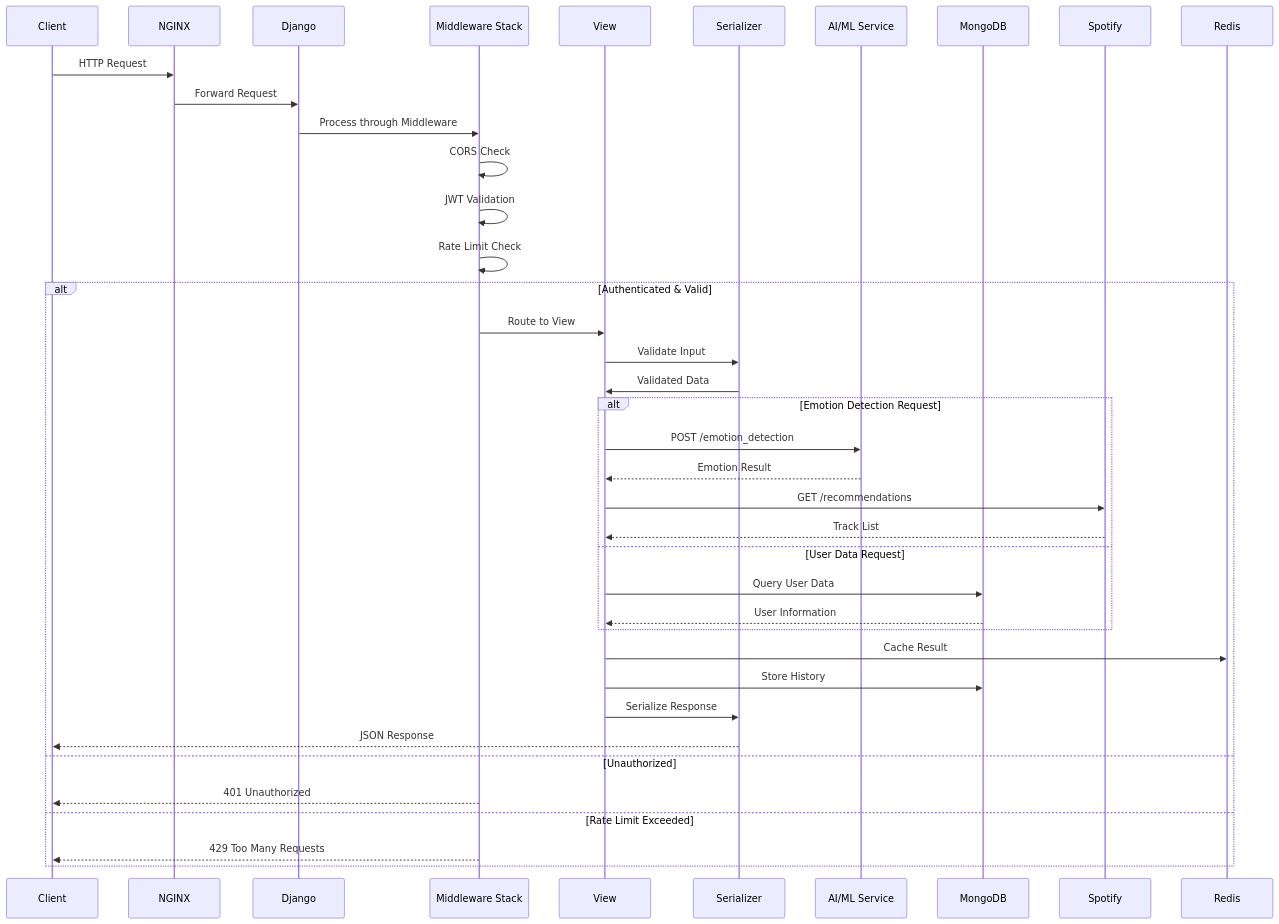
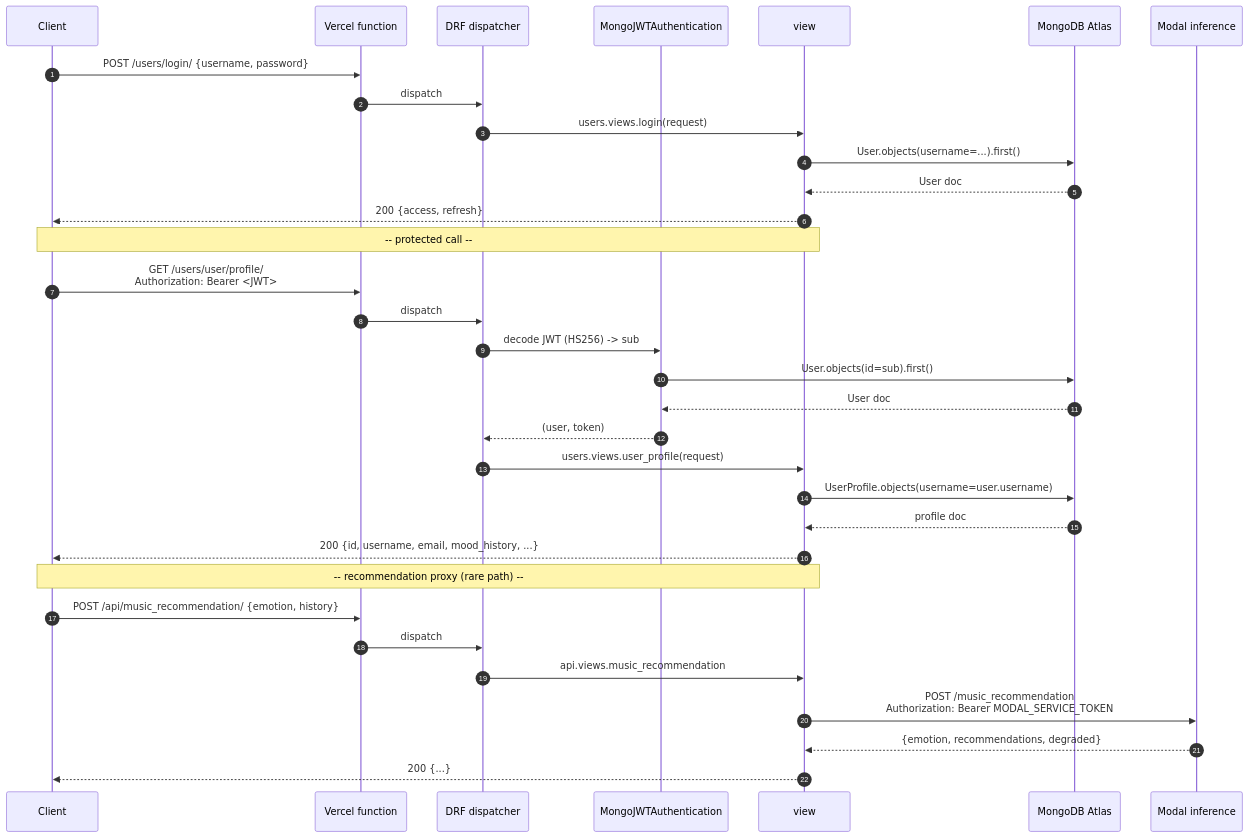
Before and after one commit to hoangsonww/Moodify-Emotion-Music-App: the third of 5 diagrams in backend/README.md, drawn with Mermaid. The commit also changed other lines of this file and 4 other files, not shown here.

````diff
--- a/backend/README.md
+++ b/backend/README.md
@@ -156,45 +153,40 @@
 ```mermaid
 sequenceDiagram
+    autonumber
     participant C as Client
-    participant N as NGINX
-    participant D as Django
-    participant M as Middleware Stack
-    participant V as View
-    participant S as Serializer
-    participant AI as AI/ML Service
-    participant DB as MongoDB
-    participant SP as Spotify
-    participant RD as Redis
+    participant V as Vercel function
+    participant DRF as DRF dispatcher
+    participant Auth as MongoJWTAuthentication
+    participant View as view
+    participant Mongo as MongoDB Atlas
+    participant Modal as Modal inference
 
-    C->>N: HTTP Request
-    N->>D: Forward Request
-    D->>M: Process through Middleware
-    M->>M: CORS Check
-    M->>M: JWT Validation
-    M->>M: Rate Limit Check
+    C->>V: POST /users/login/ {username, password}
+    V->>DRF: dispatch
+    DRF->>View: users.views.login(request)
+    View->>Mongo: User.objects(username=...).first()
+    Mongo-->>View: User doc
+    View-->>C: 200 {access, refresh}
 
-    alt Authenticated & Valid
-        M->>V: Route to View
-        V->>S: Validate Input
-        S->>V: Validated Data
+    Note over C,View: -- protected call --
 
-        alt Emotion Detection Request
-            V->>AI: POST /emotion_detection
-            AI-->>V: Emotion Result
-            V->>SP: GET /recommendations
-            SP-->>V: Track List
-        else User Data Request
-            V->>DB: Query User Data
-            DB-->>V: User Information
-        end
+    C->>V: GET /users/user/profile/<br/>Authorization: Bearer <JWT>
+    V->>DRF: dispatch
+    DRF->>Auth: decode JWT (HS256) -> sub
+    Auth->>Mongo: User.objects(id=sub).first()
+    Mongo-->>Auth: User doc
+    Auth-->>DRF: (user, token)
+    DRF->>View: users.views.user_profile(request)
+    View->>Mongo: UserProfile.objects(username=user.username)
+    Mongo-->>View: profile doc
+    View-->>C: 200 {id, username, email, mood_history, ...}
 
-        V->>RD: Cache Result
-        V->>DB: Store History
-        V->>S: Serialize Response
-        S-->>C: JSON Response
-    else Unauthorized
-        M-->>C: 401 Unauthorized
-    else Rate Limit Exceeded
-        M-->>C: 429 Too Many Requests
-    end
+    Note over C,View: -- recommendation proxy (rare path) --
+
+    C->>V: POST /api/music_recommendation/ {emotion, history}
+    V->>DRF: dispatch
+    DRF->>View: api.views.music_recommendation
+    View->>Modal: POST /music_recommendation<br/>Authorization: Bearer MODAL_SERVICE_TOKEN
+    Modal-->>View: {emotion, recommendations, degraded}
+    View-->>C: 200 {...}
 ```
````
